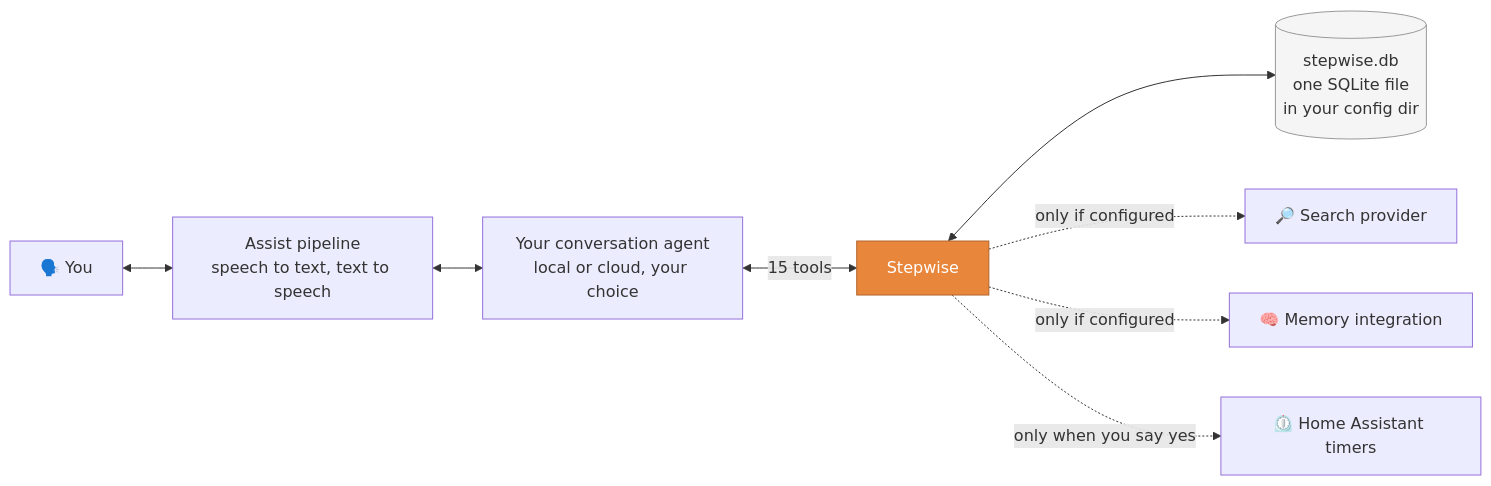
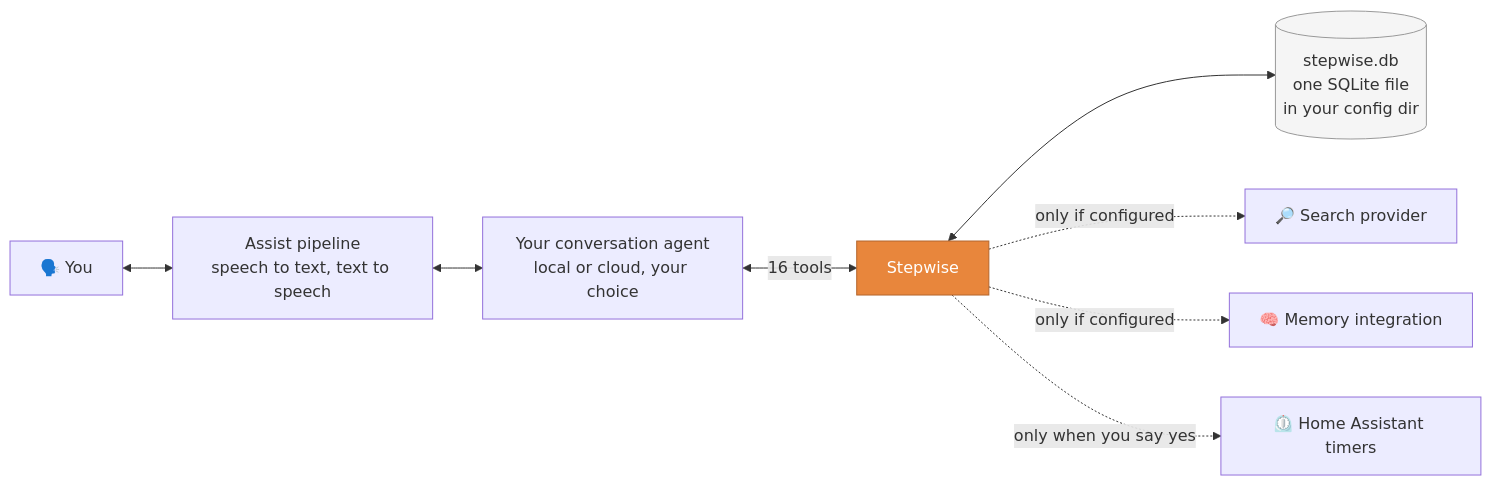
The first of 5 diagrams in README.md (ianmin2/home-assistant-stepwise), drawn with Mermaid before and after one commit. The commit also changed other lines of this file and 11 other files, not shown here.

````diff
--- a/README.md
+++ b/README.md
@@ -146,13 +146,13 @@
 ```mermaid
 flowchart LR
     P["🗣️ You"] <--> A["Assist pipeline<br/>speech to text, text to speech"]
     A <--> C["Your conversation agent<br/>local or cloud, your choice"]
-    C <-->|"15 tools"| S["Stepwise"]
+    C <-->|"16 tools"| S["Stepwise"]
     S <--> D[("stepwise.db<br/>one SQLite file<br/>in your config dir")]
     S -.->|"only if configured"| Q["🔎 Search provider"]
     S -.->|"only if configured"| M["🧠 Memory integration"]
     S -.->|"only when you say yes"| T["⏲️ Home Assistant timers"]
 
     style S fill:#e8863c,stroke:#b3652c,color:#fff
     style D fill:#f5f5f5,stroke:#999999,color:#333333
 ```
````
